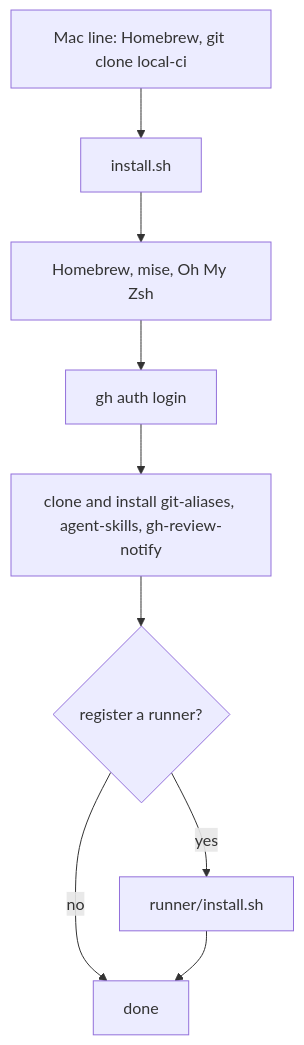
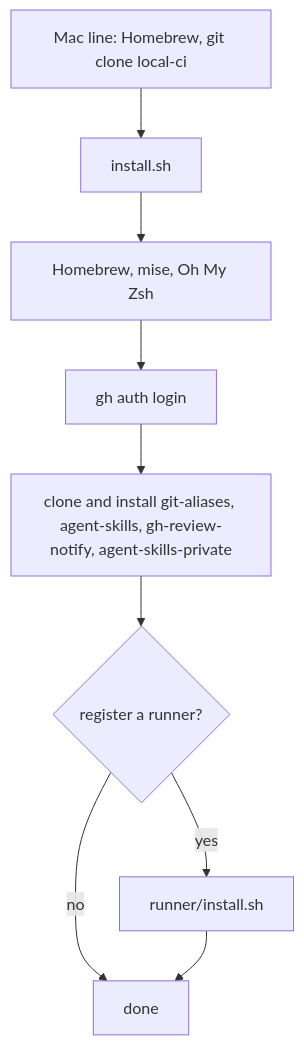
The first of 7 diagrams in docs/user-flows.md (workbench-soft/local-ci), drawn with Mermaid before and after one commit. The commit also changed other lines of this file and 5 other files, not shown here.

Commit message:
install: add agent-skills-private for accounts that can read it

````diff
--- a/docs/user-flows.md
+++ b/docs/user-flows.md
@@ -13,11 +13,11 @@
 ```mermaid
 flowchart TD
   A[Mac line: Homebrew, git clone local-ci] --> B[install.sh]
   B --> C[Homebrew, mise, Oh My Zsh]
   C --> D[gh auth login]
-  D --> E[clone and install git-aliases, agent-skills, gh-review-notify]
+  D --> E[clone and install git-aliases, agent-skills, gh-review-notify, agent-skills-private]
   E --> F{register a runner?}
   F -- yes --> G[runner/install.sh]
   F -- no --> H[done]
   G --> H
 ```
````
